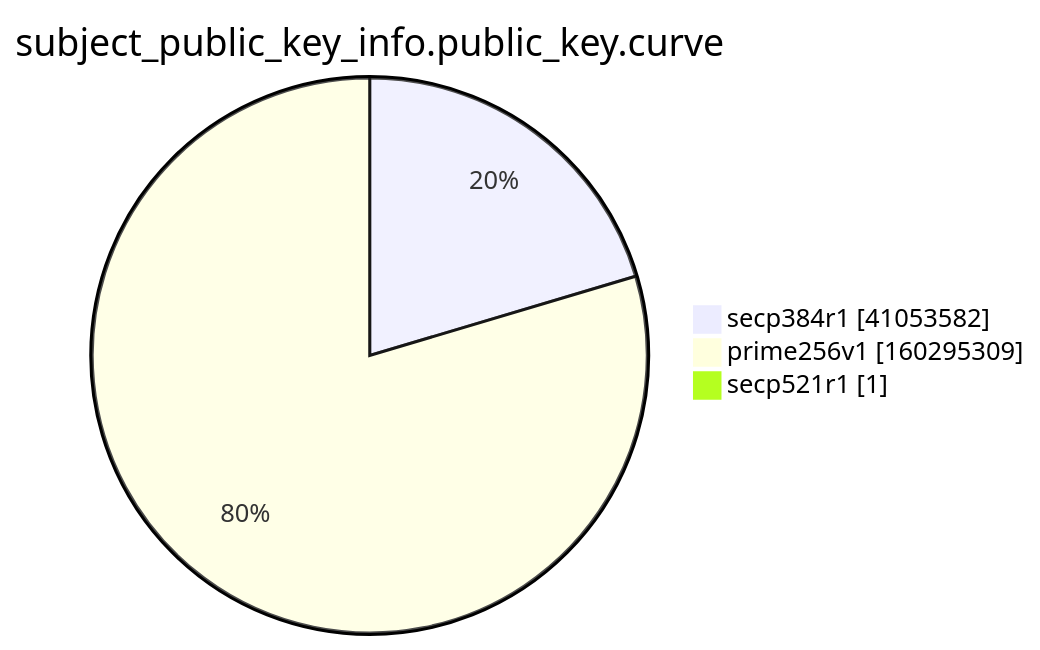
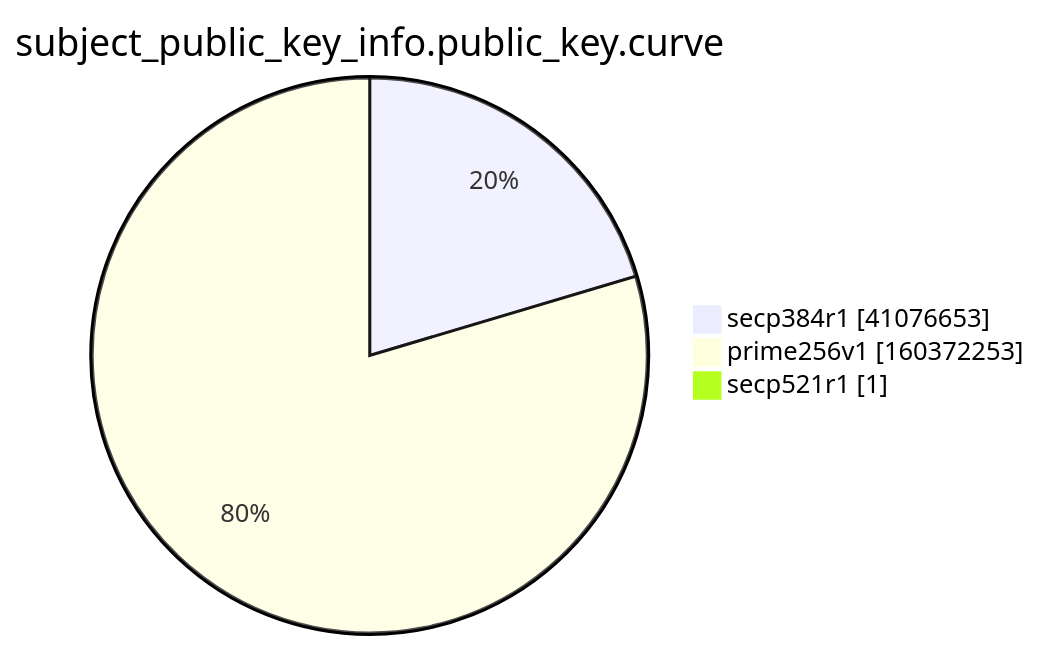
Before and after one commit to christiankrug/ctmonitor_visualization: the ninth of 15 diagrams in xenon2022/README.md, drawn with Mermaid. The commit also changed other lines of this file, not shown here.

````diff
--- a/xenon2022/README.md
+++ b/xenon2022/README.md
@@ -2868,7 +2868,7 @@
 ```mermaid
 pie showData
 title subject_public_key_info.public_key.curve
-"secp384r1" :41053582
-"prime256v1" :160295309
+"secp384r1" :41076653
+"prime256v1" :160372253
 "secp521r1" :1
 ```
````
